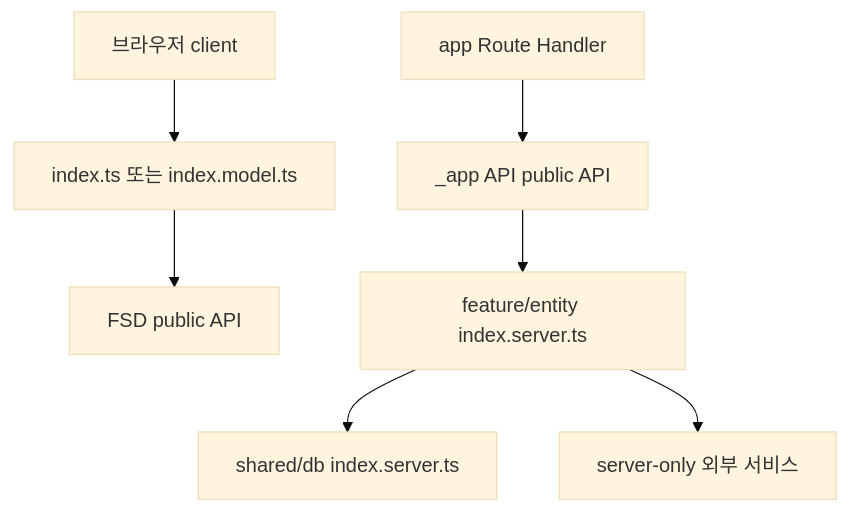
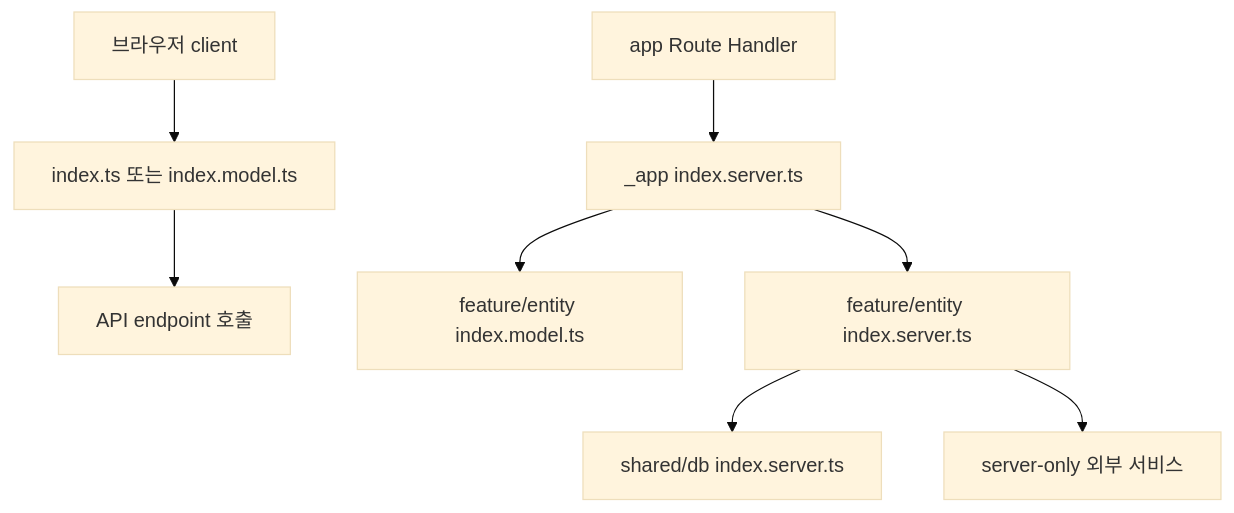
Before and after one commit to leey00nsu/copy-singer: the first of 2 diagrams in openwiki/architecture/module-boundaries.md, drawn with Mermaid (base theme). The commit also changed other lines of this file and 40 other files, not shown here.

````diff
--- a/openwiki/architecture/module-boundaries.md
+++ b/openwiki/architecture/module-boundaries.md
@@ -80,9 +86,10 @@
 ```mermaid
 flowchart TD
-  Browser["브라우저 client"] --> Public["index.ts 또는 index.model.ts"]
-  Public --> FSD["FSD public API"]
-  Route["app Route Handler"] --> AppApi["_app API public API"]
+  Browser["브라우저 client"] --> Safe["index.ts 또는 index.model.ts"]
+  Safe --> ClientApi["API endpoint 호출"]
+  Route["app Route Handler"] --> AppApi["_app index.server.ts"]
+  AppApi --> Model["feature/entity index.model.ts"]
   AppApi --> Server["feature/entity index.server.ts"]
   Server --> DB["shared/db index.server.ts"]
   Server --> External["server-only 외부 서비스"]
 ```
````
